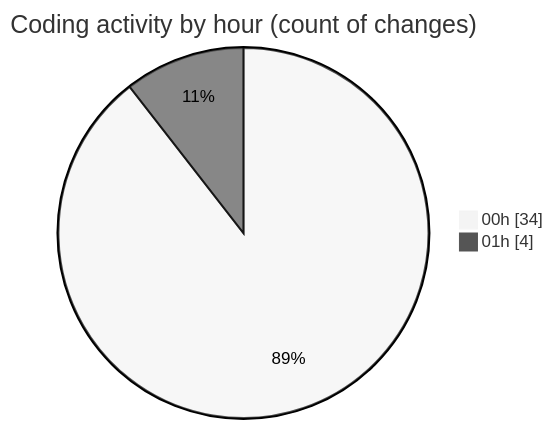
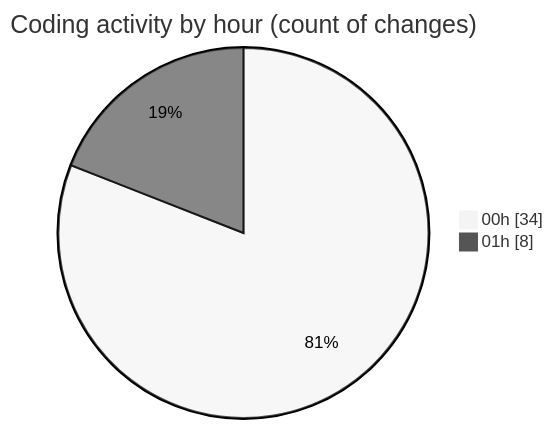
The second of 2 diagrams in 2025-05-18/niten/README.md (Elitesun/code-tracking), drawn with Mermaid (neutral theme) before and after one commit. The commit also changed other lines of this file and 1 other file, not shown here.

````diff
--- a/2025-05-18/niten/README.md
+++ b/2025-05-18/niten/README.md
@@ -41,6 +44,6 @@
 ```mermaid
 pie showData
 title Coding activity by hour (count of changes)
 "00h" : 34
-"01h" : 4
+"01h" : 8
 ```
````
